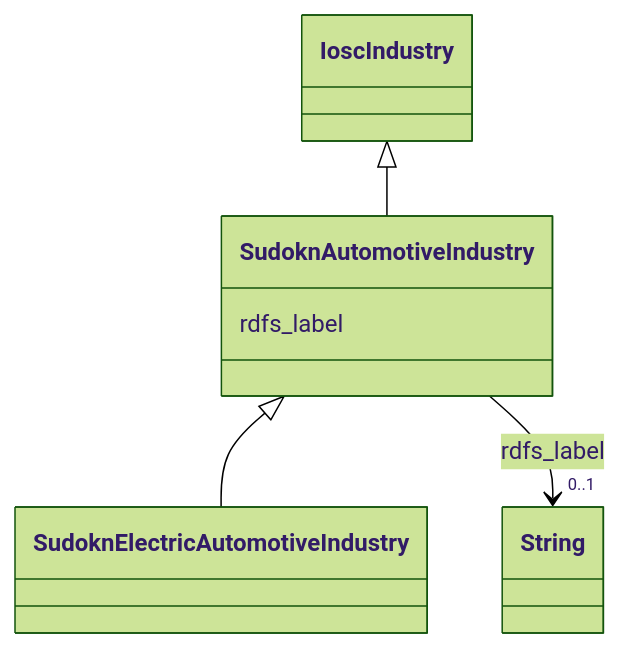
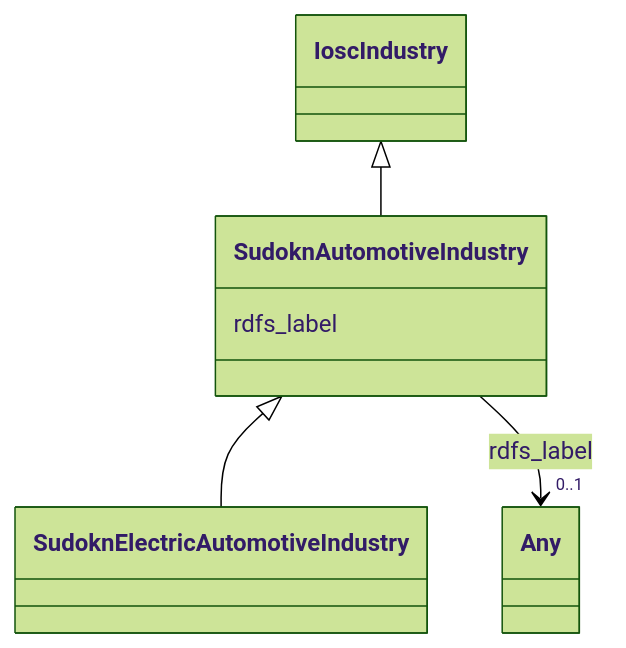
Before and after one commit to frink-okn/graph-descriptions: the diagram in sudokn-kg/classes/SudoknAutomotiveIndustry.md, drawn with Mermaid (forest theme). The commit also changed other lines of this file and 903 other files, not shown here.

````diff
--- a/sudokn-kg/classes/SudoknAutomotiveIndustry.md
+++ b/sudokn-kg/classes/SudoknAutomotiveIndustry.md
@@ -23,23 +18,23 @@
 ```mermaid
  classDiagram
     class SudoknAutomotiveIndustry
     click SudoknAutomotiveIndustry href "../SudoknAutomotiveIndustry"
       IoscIndustry <|-- SudoknAutomotiveIndustry
         click IoscIndustry href "../IoscIndustry"
       
 
       SudoknAutomotiveIndustry <|-- SudoknElectricAutomotiveIndustry
         click SudoknElectricAutomotiveIndustry href "../SudoknElectricAutomotiveIndustry"
       
       
       SudoknAutomotiveIndustry : rdfs_label
         
           
     
     
-    SudoknAutomotiveIndustry --> "0..1" String : rdfs_label
-    click String href "../String"
+    SudoknAutomotiveIndustry --> "0..1" Any : rdfs_label
+    click Any href "../Any"
 
         
       
 ```
````
